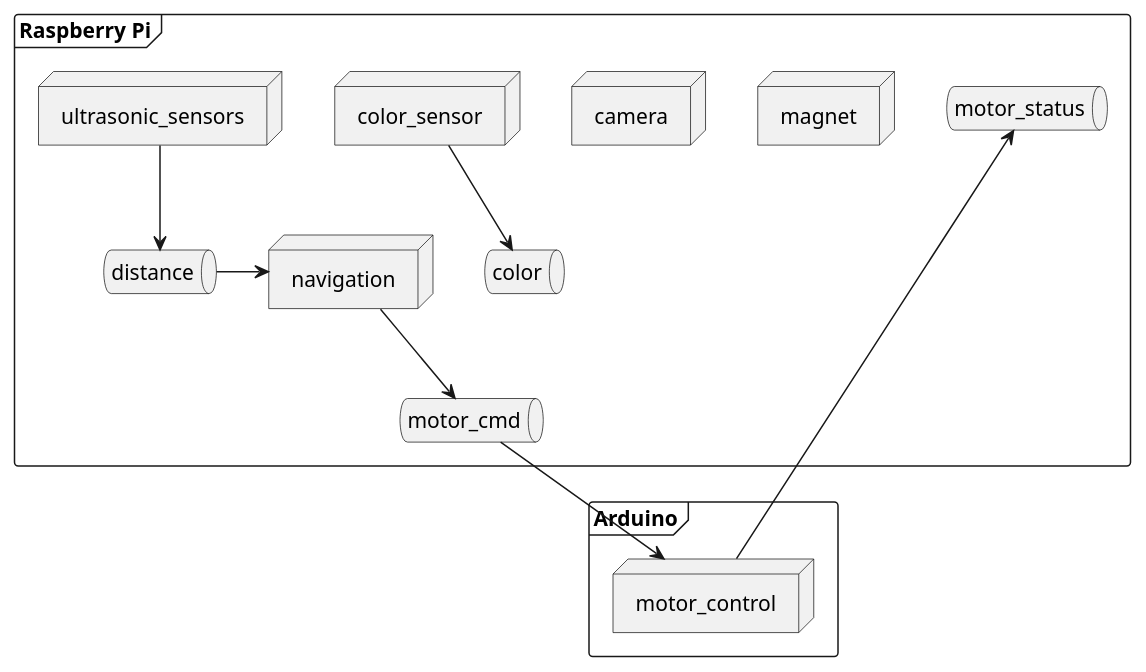
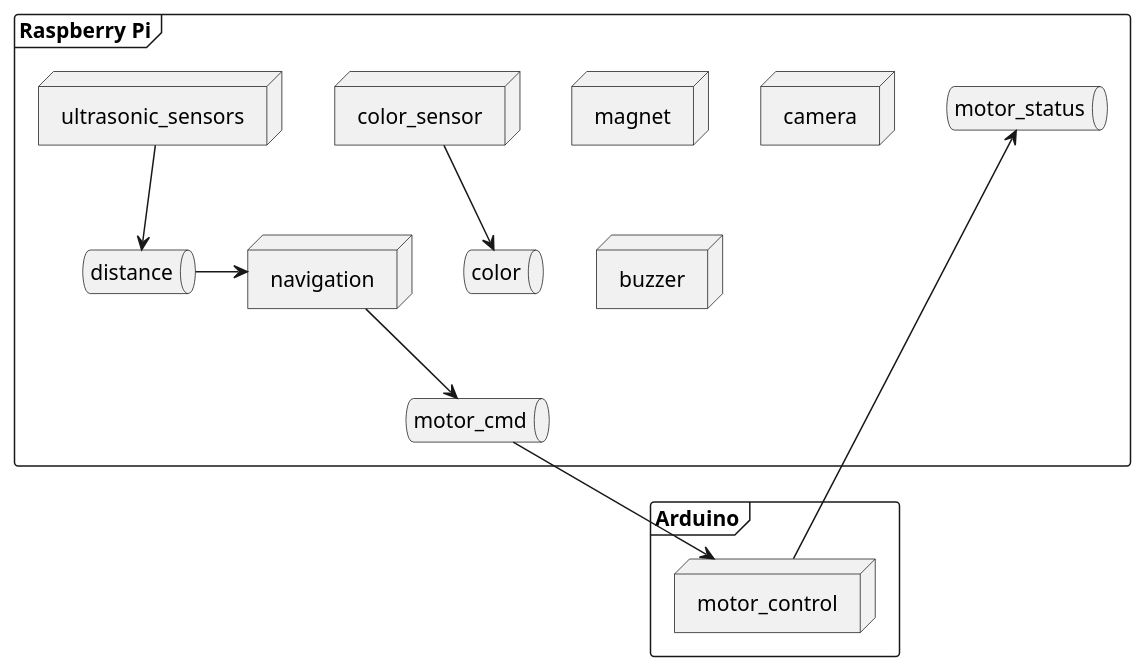
Before and after one commit to francWhite/raros: the diagram in doc/arch/nodes.puml, drawn with PlantUML. The commit also changed 4 other files, not shown here.

Commit message:
feat(buzzer): add ros2 node

```diff
--- a/doc/arch/nodes.puml
+++ b/doc/arch/nodes.puml
@@ -1,29 +1,30 @@
 @startuml nodes
 
 frame "Raspberry Pi" as pi{
     node navigation
-    node magnet    
+    node magnet
     node camera
     node color_sensor
     node ultrasonic_sensors
+    node buzzer
 
     queue "motor_cmd"
     queue "motor_status"
     queue "color"
     queue "distance"
 }
 
 frame "Arduino" as arduino{
     node motor_control
 }
 
 
 color_sensor -down-> color
 ultrasonic_sensors --> distance
 distance -right-> navigation
 navigation --> motor_cmd
 motor_cmd -down-> motor_control
 motor_control -> motor_status
 
 
 @enduml
```
